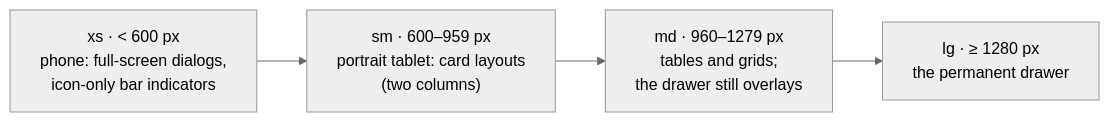
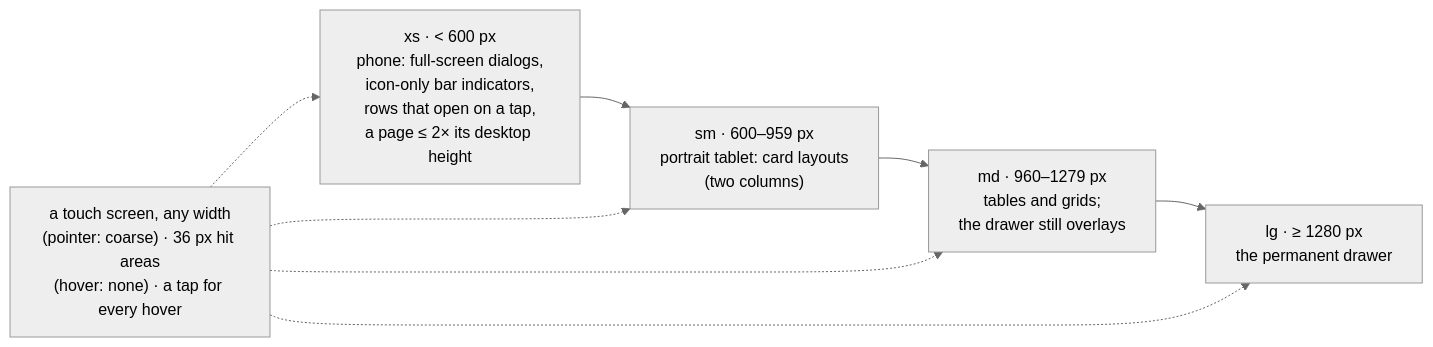
The fourth of 5 diagrams in docs/ui.md (gjovanov/roomler-ai), drawn with Mermaid (neutral theme) before and after one commit. The commit also changed other lines of this file and 3 other files, not shown here.

````diff
--- a/docs/ui.md
+++ b/docs/ui.md
@@ -247,6 +248,11 @@
 ```mermaid
 flowchart LR
-    XS["xs · &lt; 600 px<br/>phone: full-screen dialogs,<br/>icon-only bar indicators"] --> SM["sm · 600–959 px<br/>portrait tablet: card layouts<br/>(two columns)"]
+    XS["xs · &lt; 600 px<br/>phone: full-screen dialogs,<br/>icon-only bar indicators,<br/>rows that open on a tap,<br/>a page ≤ 2× its desktop height"] --> SM["sm · 600–959 px<br/>portrait tablet: card layouts<br/>(two columns)"]
     SM --> MD["md · 960–1279 px<br/>tables and grids;<br/>the drawer still overlays"]
     MD --> LG["lg · ≥ 1280 px<br/>the permanent drawer"]
+    T["a touch screen, any width<br/>(pointer: coarse) · 36 px hit areas<br/>(hover: none) · a tap for every hover"]
+    T -.-> XS
+    T -.-> SM
+    T -.-> MD
+    T -.-> LG
 ```
````
